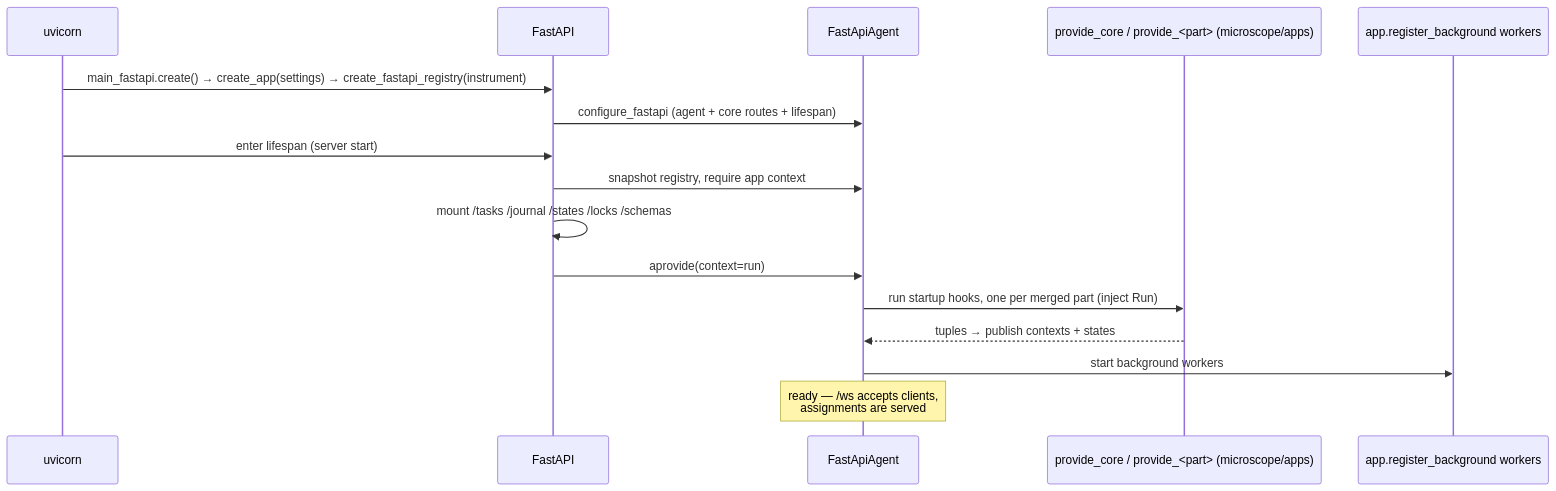
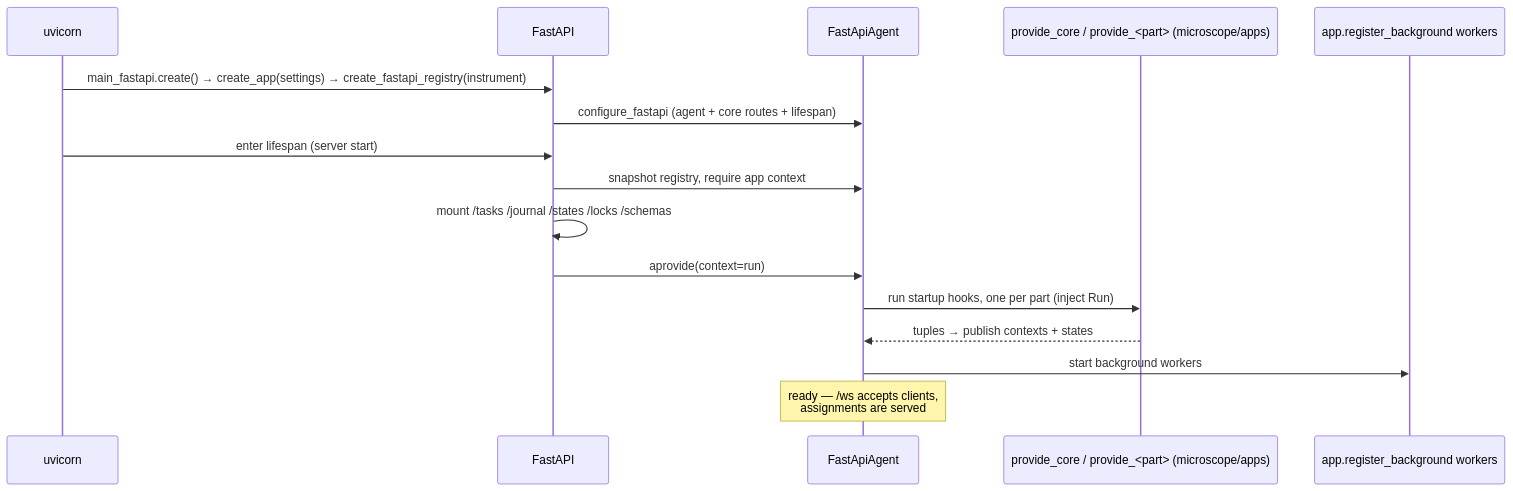
Before and after one commit to openUC2/newswitch: the second of 2 diagrams in docs/ARCHITECTURE.md, drawn with Mermaid. The commit also changed other lines of this file and 51 other files, not shown here.

````diff
--- a/docs/ARCHITECTURE.md
+++ b/docs/ARCHITECTURE.md
@@ -475,18 +524,18 @@
 ```mermaid
 sequenceDiagram
     participant U as uvicorn
     participant F as FastAPI
     participant A as FastApiAgent
     participant S as provide_core / provide_<part> (microscope/apps)
     participant B as app.register_background workers
     U->>F: main_fastapi.create() → create_app(settings) → create_fastapi_registry(instrument)
     F->>A: configure_fastapi (agent + core routes + lifespan)
     U->>F: enter lifespan (server start)
     F->>A: snapshot registry, require app context
     F->>F: mount /tasks /journal /states /locks /schemas
     F->>A: aprovide(context=run)
-    A->>S: run startup hooks, one per merged part (inject Run)
+    A->>S: run startup hooks, one per part (inject Run)
     S-->>A: tuples → publish contexts + states
     A->>B: start background workers
     Note over A: ready — /ws accepts clients,<br/>assignments are served
 ```
````
